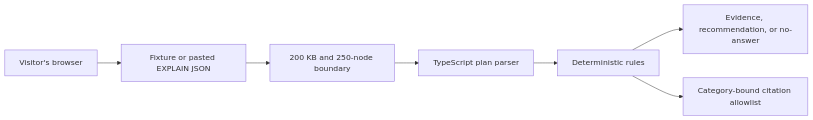
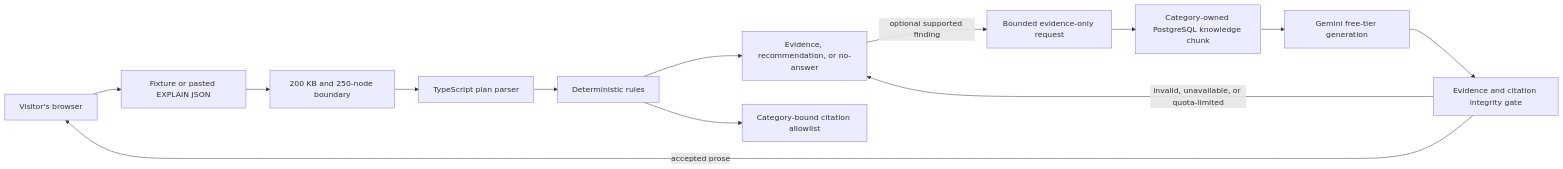
One commit to ErayKulkizaga/QueryPilot changed the second of 2 diagrams in docs/architecture.md. Above: the diagram before and after it, drawn with Mermaid. The commit also changed other lines of this file and 18 other files, not shown here.

````diff
--- a/docs/architecture.md
+++ b/docs/architecture.md
@@ -129,9 +130,15 @@
 ```mermaid
 flowchart LR
     B["Visitor's browser"] --> I["Fixture or pasted EXPLAIN JSON"]
     I --> L["200 KB and 250-node boundary"]
     L --> T["TypeScript plan parser"]
     T --> Q["Deterministic rules"]
     Q --> O["Evidence, recommendation, or no-answer"]
     Q --> C["Category-bound citation allowlist"]
+    O -->|optional supported finding| E["Bounded evidence-only request"]
+    E --> K["Category-owned PostgreSQL knowledge chunk"]
+    K --> G["Gemini free-tier generation"]
+    G --> V["Evidence and citation integrity gate"]
+    V -->|accepted prose| B
+    V -->|invalid, unavailable, or quota-limited| O
 ```
````
